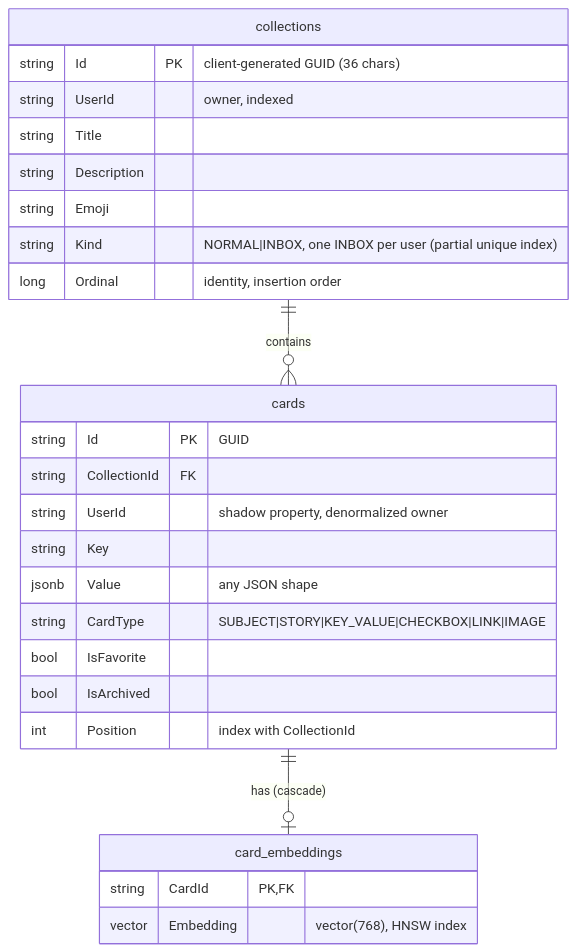
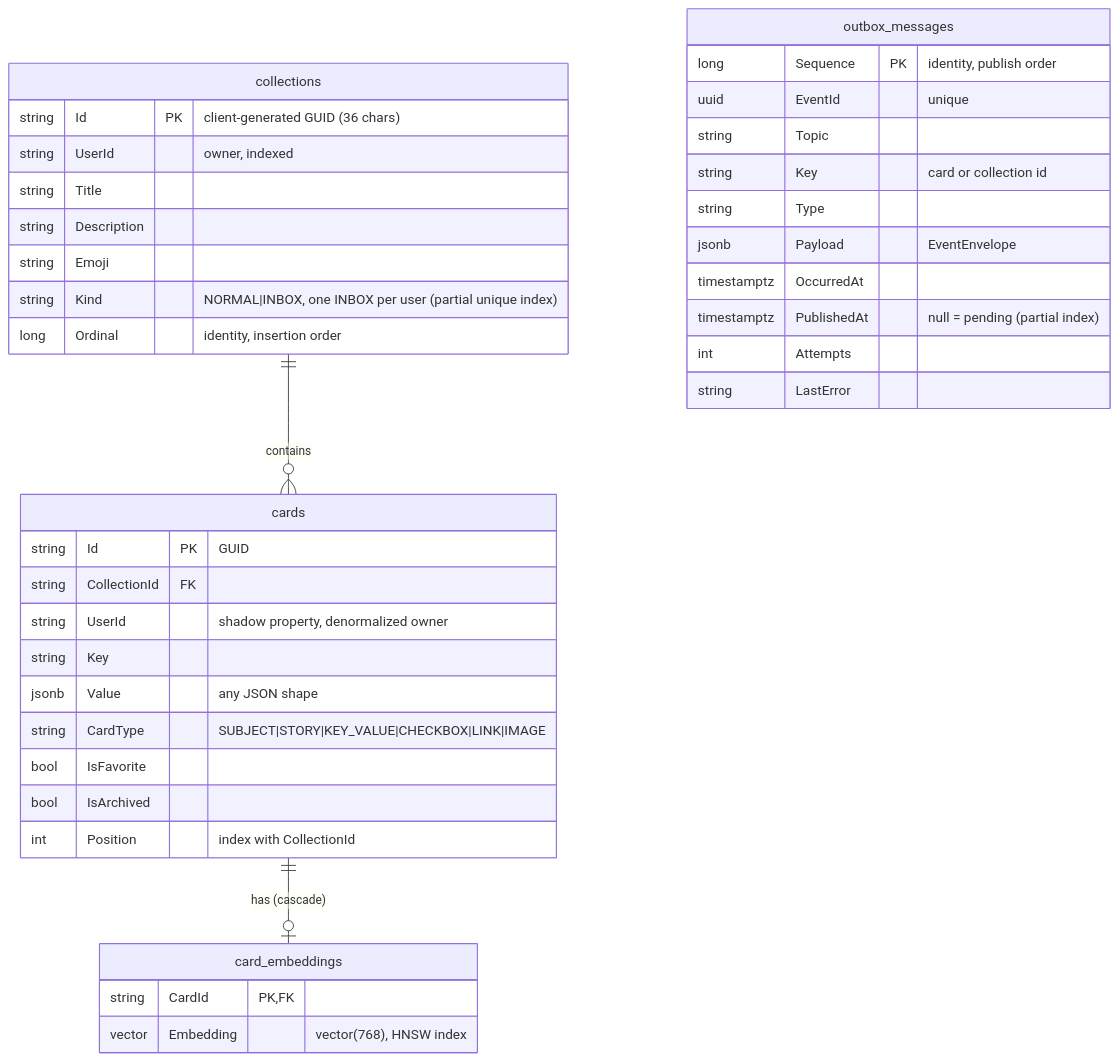
The second of 3 diagrams in CollectionsDB/README.md (Assaviv/CollectionsProject), drawn with Mermaid before and after one commit. The commit also changed other lines of this file and 30 other files, not shown here.

First line of the commit message:
feat(outbox): implement transactional outbox pattern for Kafka event publishing (#26)

````diff
--- a/CollectionsDB/README.md
+++ b/CollectionsDB/README.md
@@ -44,30 +54,42 @@
 ```mermaid
 erDiagram
     collections ||--o{ cards : contains
     cards ||--o| card_embeddings : "has (cascade)"
+    outbox_messages {
+        long Sequence PK "identity, publish order"
+        uuid EventId "unique"
+        string Topic
+        string Key "card or collection id"
+        string Type
+        jsonb Payload "EventEnvelope"
+        timestamptz OccurredAt
+        timestamptz PublishedAt "null = pending (partial index)"
+        int Attempts
+        string LastError
+    }
 
     collections {
         string Id PK "client-generated GUID (36 chars)"
         string UserId "owner, indexed"
         string Title
         string Description
         string Emoji
         string Kind "NORMAL|INBOX, one INBOX per user (partial unique index)"
         long Ordinal "identity, insertion order"
     }
     cards {
         string Id PK "GUID"
         string CollectionId FK
         string UserId "shadow property, denormalized owner"
         string Key
         jsonb Value "any JSON shape"
         string CardType "SUBJECT|STORY|KEY_VALUE|CHECKBOX|LINK|IMAGE"
         bool IsFavorite
         bool IsArchived
         int Position "index with CollectionId"
     }
     card_embeddings {
         string CardId PK,FK
         vector Embedding "vector(768), HNSW index"
     }
 ```
````
